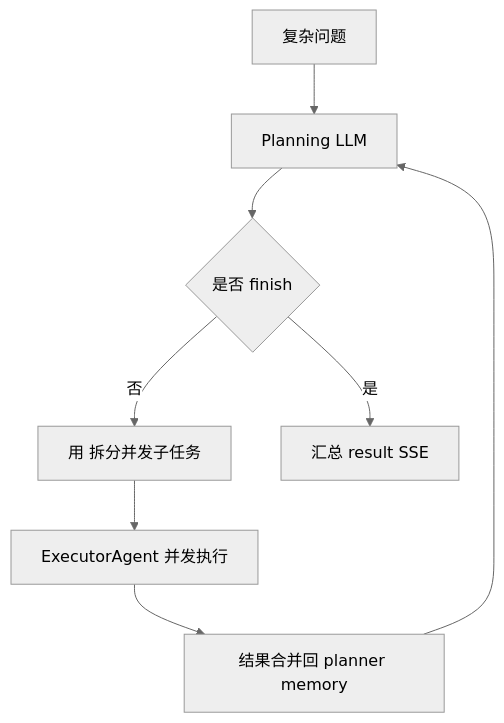
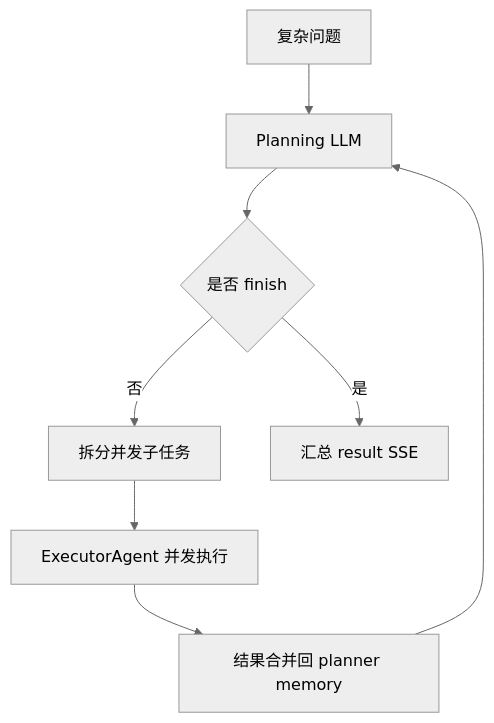
Before and after one commit to MiRuiZhi/MRZ-s-ai-agent: the third of 3 diagrams in README.md, drawn with Mermaid (neutral theme). The commit also changed other lines of this file, not shown here.

````diff
--- a/README.md
+++ b/README.md
@@ -113,10 +96,10 @@
 ```mermaid
 flowchart TD
     A["复杂问题"] --> B["Planning LLM"]
     B --> C{"是否 finish"}
-    C -->|否| D["用 <sep> 拆分并发子任务"]
+    C -->|否| D["拆分并发子任务"]
     D --> E["ExecutorAgent 并发执行"]
     E --> F["结果合并回 planner memory"]
     F --> B
     C -->|是| G["汇总 result SSE"]
 ```
````
